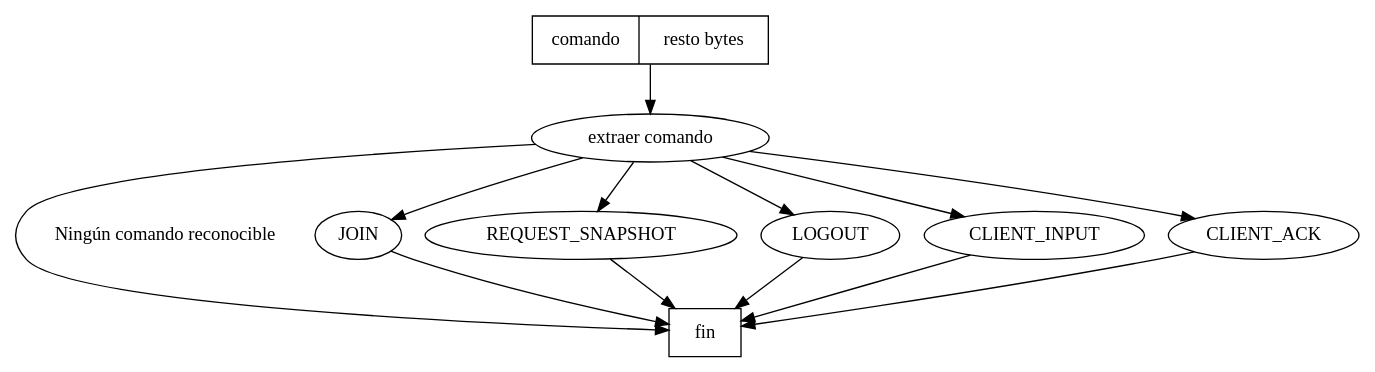
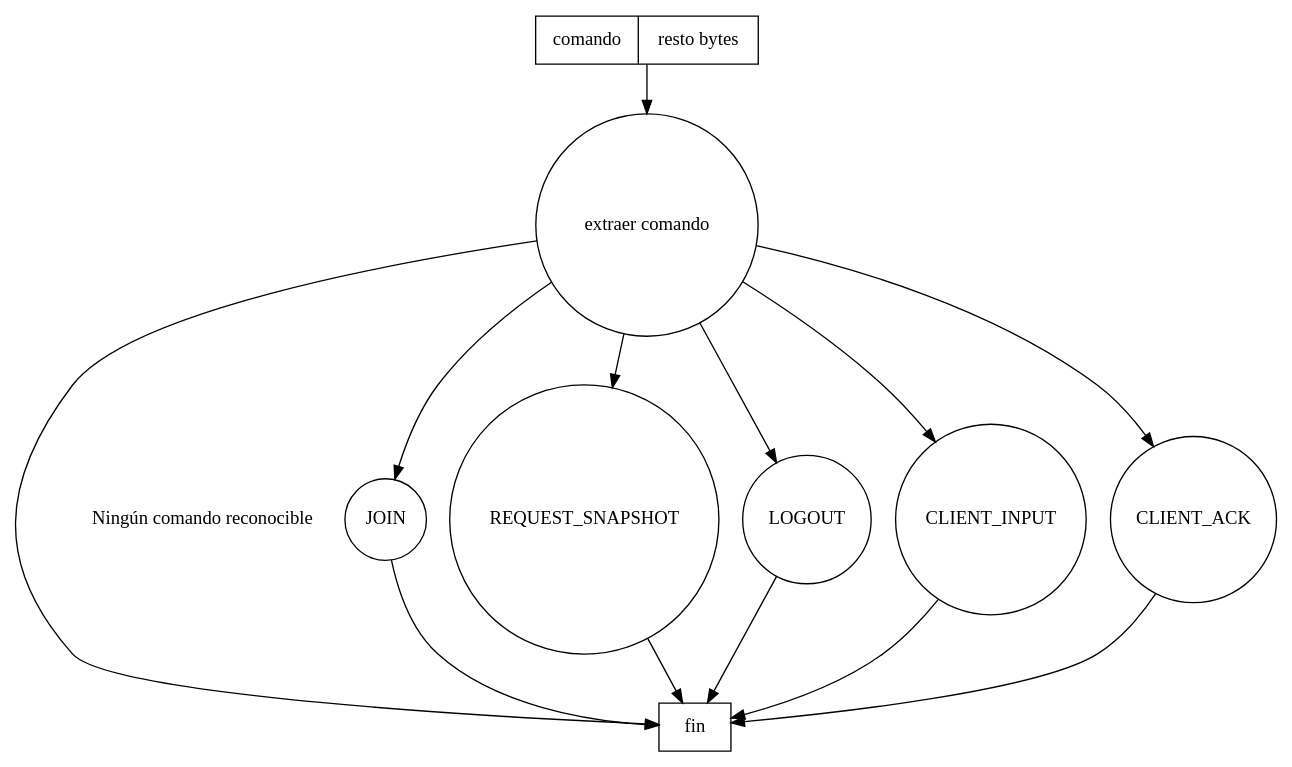
Before and after one commit to dotoscat/Polytank-ASIR: the second of 4 diagrams in docs/servidor.rst, drawn with Graphviz. The commit also changed other lines of this file, not shown here.

Commit message:
Anyadir un diagrama de estados

```diff
--- a/docs/servidor.rst
+++ b/docs/servidor.rst
@@ -51,10 +51,12 @@
     .. graphviz::
 
         digraph datagrama {
+            node [shape=circle,fontname=verdana];
+            edge [fontname=verdana];
             "data" [shape=record,label="comando|resto bytes"];
             "data" -> "extraer comando";
             "fin" [shape=box];
             "extraer comando" -> "fin" [label="Ningún comando reconocible"];
             "extraer comando" -> {"JOIN", "REQUEST_SNAPSHOT", "LOGOUT", "CLIENT_INPUT", "CLIENT_ACK"};
             {"JOIN", "REQUEST_SNAPSHOT", "LOGOUT", "CLIENT_INPUT", "CLIENT_ACK"} -> "fin";
         }
```
